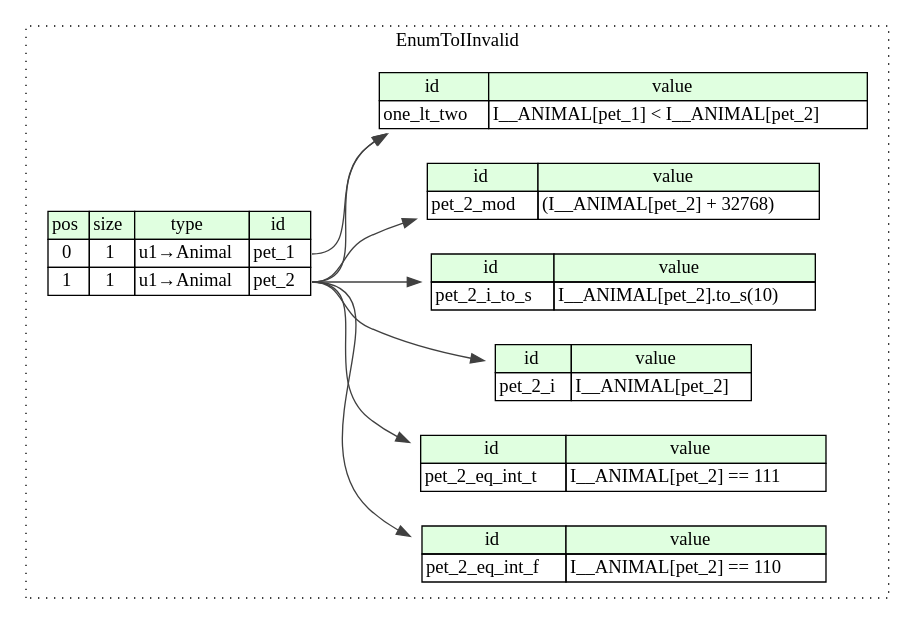
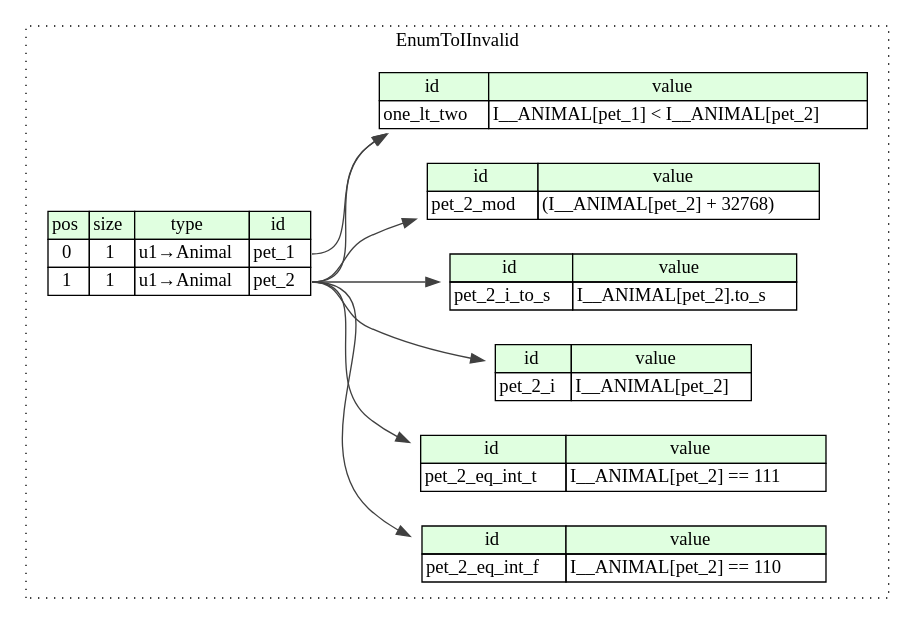
Before and after one commit to kaitai-io/ci_targets: the diagram in compiled/graphviz/enum_to_i_invalid.dot, drawn with Graphviz. The commit also changed 39 other files, not shown here.

```diff
--- a/compiled/graphviz/enum_to_i_invalid.dot
+++ b/compiled/graphviz/enum_to_i_invalid.dot
@@ -1,45 +1,45 @@
 digraph {
 	rankdir=LR;
 	node [shape=plaintext];
 	subgraph cluster__enum_to_i_invalid {
 		label="EnumToIInvalid";
 		graph[style=dotted];
 
 		enum_to_i_invalid__seq [label=<<TABLE BORDER="0" CELLBORDER="1" CELLSPACING="0">
 			<TR><TD BGCOLOR="#E0FFE0">pos</TD><TD BGCOLOR="#E0FFE0">size</TD><TD BGCOLOR="#E0FFE0">type</TD><TD BGCOLOR="#E0FFE0">id</TD></TR>
 			<TR><TD PORT="pet_1_pos">0</TD><TD PORT="pet_1_size">1</TD><TD>u1→Animal</TD><TD PORT="pet_1_type">pet_1</TD></TR>
 			<TR><TD PORT="pet_2_pos">1</TD><TD PORT="pet_2_size">1</TD><TD>u1→Animal</TD><TD PORT="pet_2_type">pet_2</TD></TR>
 		</TABLE>>];
 		enum_to_i_invalid__inst__one_lt_two [label=<<TABLE BORDER="0" CELLBORDER="1" CELLSPACING="0">
 			<TR><TD BGCOLOR="#E0FFE0">id</TD><TD BGCOLOR="#E0FFE0">value</TD></TR>
 			<TR><TD>one_lt_two</TD><TD>I__ANIMAL[pet_1] &lt; I__ANIMAL[pet_2]</TD></TR>
 		</TABLE>>];
 		enum_to_i_invalid__inst__pet_2_eq_int_f [label=<<TABLE BORDER="0" CELLBORDER="1" CELLSPACING="0">
 			<TR><TD BGCOLOR="#E0FFE0">id</TD><TD BGCOLOR="#E0FFE0">value</TD></TR>
 			<TR><TD>pet_2_eq_int_f</TD><TD>I__ANIMAL[pet_2] == 110</TD></TR>
 		</TABLE>>];
 		enum_to_i_invalid__inst__pet_2_eq_int_t [label=<<TABLE BORDER="0" CELLBORDER="1" CELLSPACING="0">
 			<TR><TD BGCOLOR="#E0FFE0">id</TD><TD BGCOLOR="#E0FFE0">value</TD></TR>
 			<TR><TD>pet_2_eq_int_t</TD><TD>I__ANIMAL[pet_2] == 111</TD></TR>
 		</TABLE>>];
 		enum_to_i_invalid__inst__pet_2_i [label=<<TABLE BORDER="0" CELLBORDER="1" CELLSPACING="0">
 			<TR><TD BGCOLOR="#E0FFE0">id</TD><TD BGCOLOR="#E0FFE0">value</TD></TR>
 			<TR><TD>pet_2_i</TD><TD>I__ANIMAL[pet_2]</TD></TR>
 		</TABLE>>];
 		enum_to_i_invalid__inst__pet_2_i_to_s [label=<<TABLE BORDER="0" CELLBORDER="1" CELLSPACING="0">
 			<TR><TD BGCOLOR="#E0FFE0">id</TD><TD BGCOLOR="#E0FFE0">value</TD></TR>
-			<TR><TD>pet_2_i_to_s</TD><TD>I__ANIMAL[pet_2].to_s(10)</TD></TR>
+			<TR><TD>pet_2_i_to_s</TD><TD>I__ANIMAL[pet_2].to_s</TD></TR>
 		</TABLE>>];
 		enum_to_i_invalid__inst__pet_2_mod [label=<<TABLE BORDER="0" CELLBORDER="1" CELLSPACING="0">
 			<TR><TD BGCOLOR="#E0FFE0">id</TD><TD BGCOLOR="#E0FFE0">value</TD></TR>
 			<TR><TD>pet_2_mod</TD><TD>(I__ANIMAL[pet_2] + 32768)</TD></TR>
 		</TABLE>>];
 	}
 	enum_to_i_invalid__seq:pet_1_type -> enum_to_i_invalid__inst__one_lt_two [color="#404040"];
 	enum_to_i_invalid__seq:pet_2_type -> enum_to_i_invalid__inst__one_lt_two [color="#404040"];
 	enum_to_i_invalid__seq:pet_2_type -> enum_to_i_invalid__inst__pet_2_eq_int_f [color="#404040"];
 	enum_to_i_invalid__seq:pet_2_type -> enum_to_i_invalid__inst__pet_2_eq_int_t [color="#404040"];
 	enum_to_i_invalid__seq:pet_2_type -> enum_to_i_invalid__inst__pet_2_i [color="#404040"];
 	enum_to_i_invalid__seq:pet_2_type -> enum_to_i_invalid__inst__pet_2_i_to_s [color="#404040"];
 	enum_to_i_invalid__seq:pet_2_type -> enum_to_i_invalid__inst__pet_2_mod [color="#404040"];
 }
```
